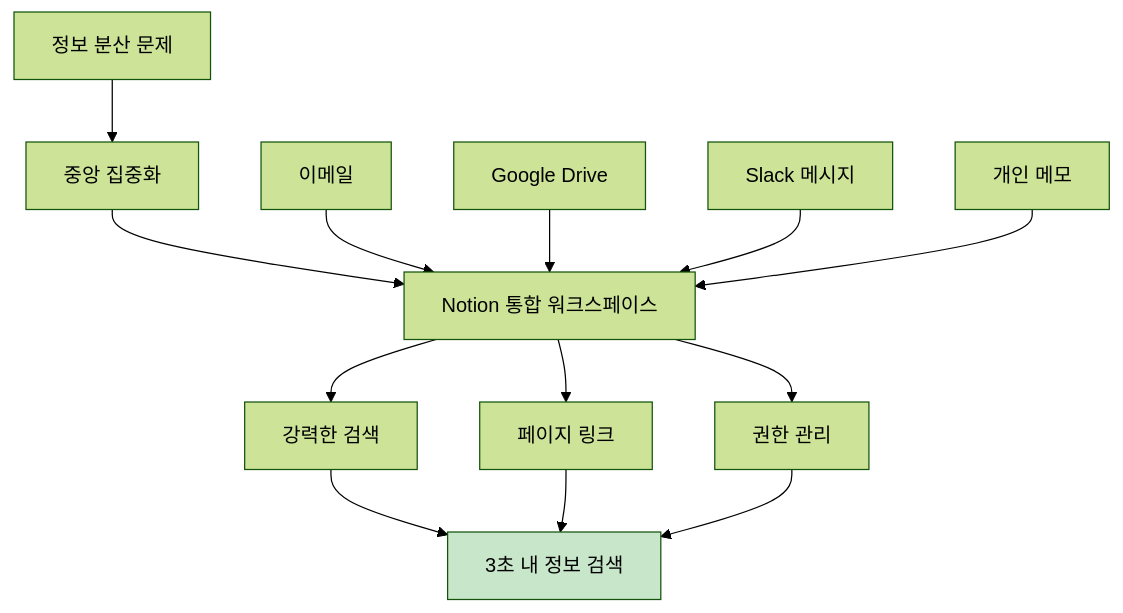
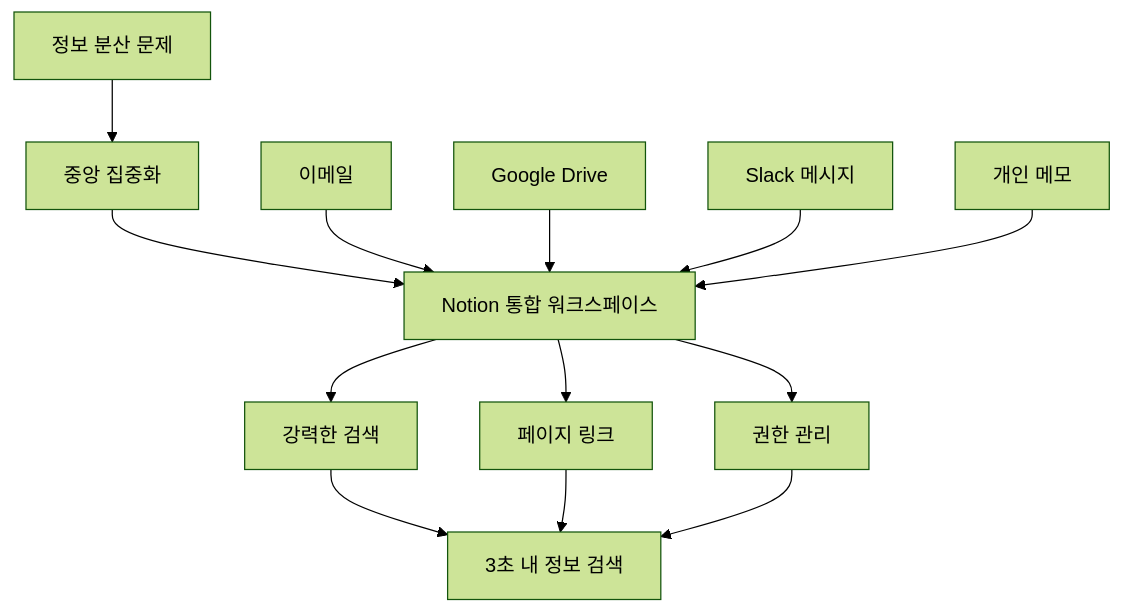
Before and after one commit to nugurejeil/weniVooks: diagram 12 of 23 in _md/genai-notion/chapter06/06-3.md, drawn with Mermaid (forest theme). The commit also changed other lines of this file and 187 other files, not shown here.

````diff
--- a/_md/genai-notion/chapter06/06-3.md
+++ b/_md/genai-notion/chapter06/06-3.md
@@ -388,20 +368,18 @@
 ```mermaid
 graph TD
     A[정보 분산 문제] --> B[중앙 집중화]
     B --> C[Notion 통합 워크스페이스]
 
     D[이메일] --> C
     E[Google Drive] --> C
     F[Slack 메시지] --> C
     G[개인 메모] --> C
 
     C --> H[강력한 검색]
     C --> I[페이지 링크]
     C --> J[권한 관리]
 
     H --> K[3초 내 정보 검색]
     I --> K
     J --> K
-
-    style K fill:#C8E6C9
 ```
````
